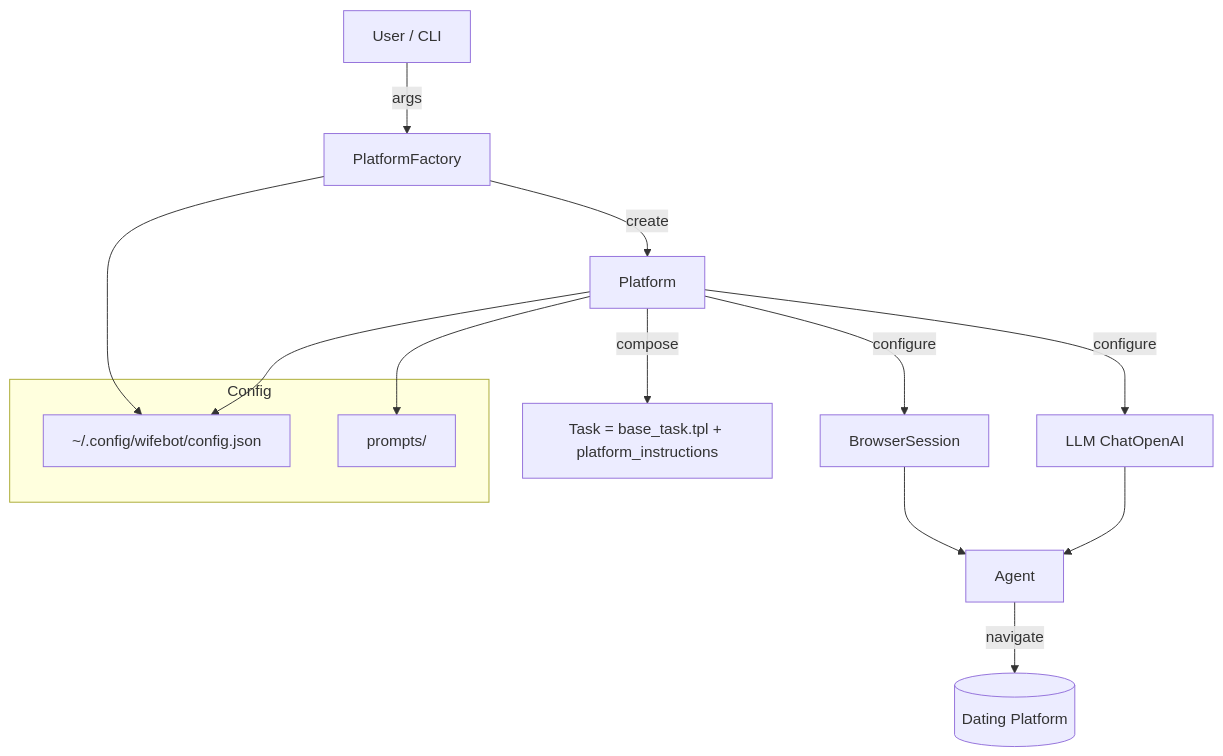
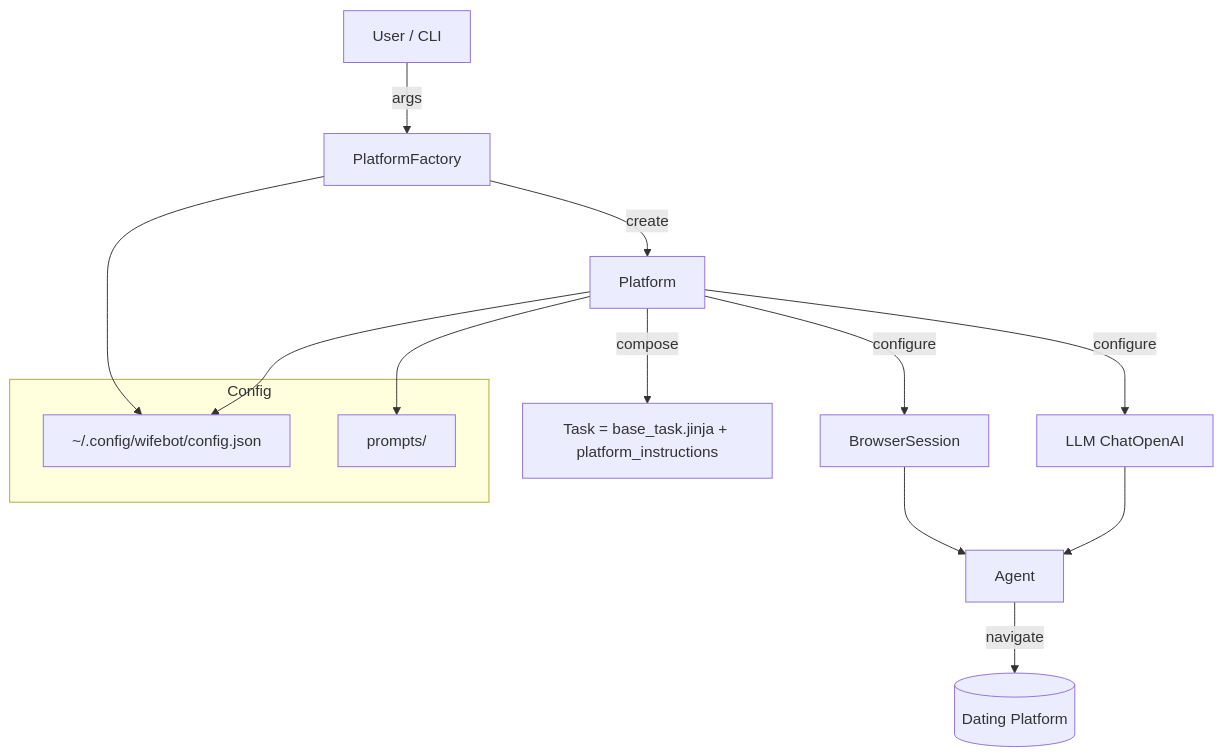
One commit to irad100/wifebot changed the diagram in README.md. Above: the diagram before and after it, drawn with Mermaid. The commit also changed other lines of this file and 3 other files, not shown here.

Commit message:
chore(prompts): rename base_task.tpl -> base_task.jinja and update all references

````diff
--- a/README.md
+++ b/README.md
@@ -228,19 +228,19 @@
 ```mermaid
 flowchart TD;
   U[User / CLI] -->|args| F[PlatformFactory];
   F -->|create| P[Platform];
-  P -->|compose| T[Task = base_task.tpl + platform_instructions];
+  P -->|compose| T[Task = base_task.jinja + platform_instructions];
   P -->|configure| B[BrowserSession];
   P -->|configure| L[LLM ChatOpenAI];
   B --> A[Agent];
   L --> A;
   A -->|navigate| Site[(Dating Platform)];
 
   subgraph Config
     C1[~/.config/wifebot/config.json];
     C2[prompts/];
   end
   F --> C1;
   P --> C1;
   P --> C2;
 ```
````
